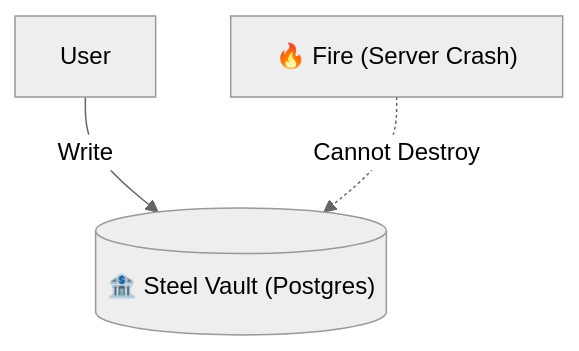
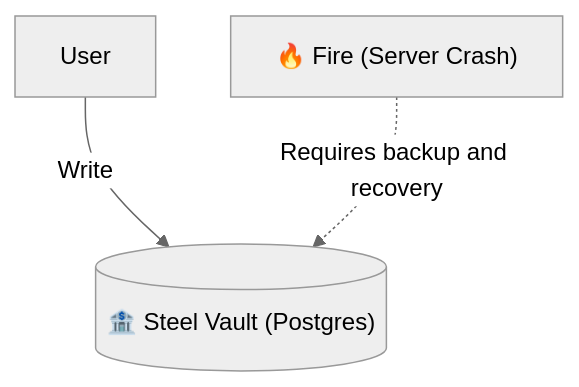
One commit to dake-edu/gopher-shop changed the diagram in docs/middle/09-postgres.md. Above: the diagram before and after it, drawn with Mermaid (neutral theme). The commit also changed other lines of this file and 85 other files, not shown here.

````diff
--- a/docs/middle/09-postgres.md
+++ b/docs/middle/09-postgres.md
@@ -54,5 +48,5 @@
 ```mermaid
 graph TD
     User --> |Write| Vault[("🏦 Steel Vault (Postgres)")]
-    Fire["🔥 Fire (Server Crash)"] -.-> |Cannot Destroy| Vault
+    Fire["🔥 Fire (Server Crash)"] -.-> |Requires backup and recovery| Vault
 ```
````
